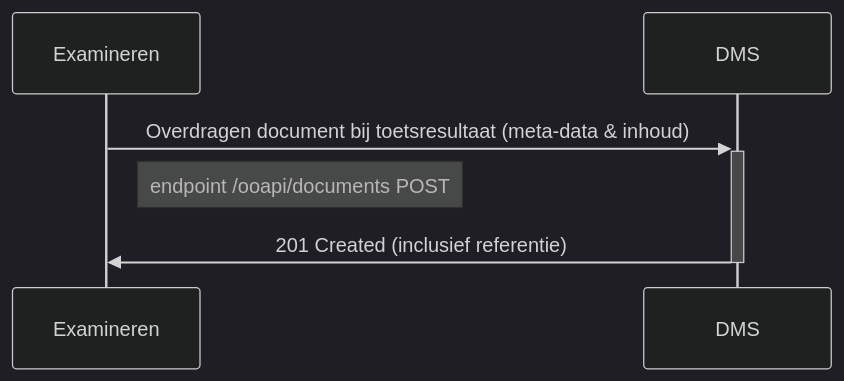
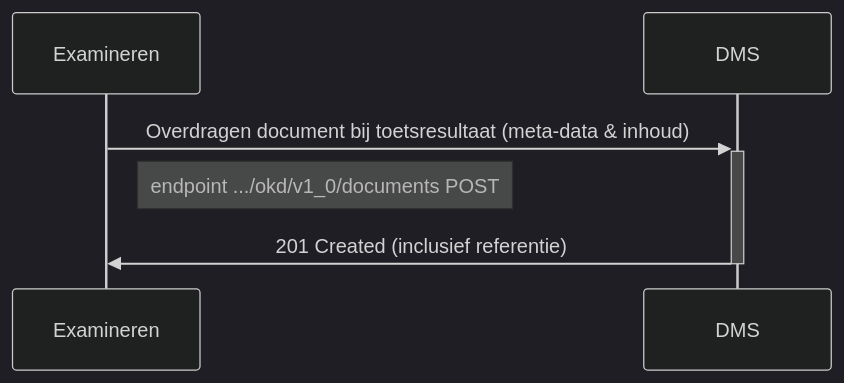
The diagram in doc/flow-2.md (Onderwijs-Koppelingen-OKx/OKD-Document-Management), drawn with Mermaid (dark theme) before and after one commit. The commit also changed other lines of this file and 4 other files, not shown here.

````diff
--- a/doc/flow-2.md
+++ b/doc/flow-2.md
@@ -6,11 +6,11 @@
 ```mermaid
 sequenceDiagram
     Participant Examineren
     Participant DMS
 
     Examineren->>+DMS: Overdragen document bij toetsresultaat (meta-data & inhoud)
-    Note right of Examineren: endpoint /ooapi/documents POST
+    Note right of Examineren: endpoint .../okd/v1_0/documents POST
     DMS->>-Examineren: 201 Created (inclusief referentie)
 
 
 ```
````
